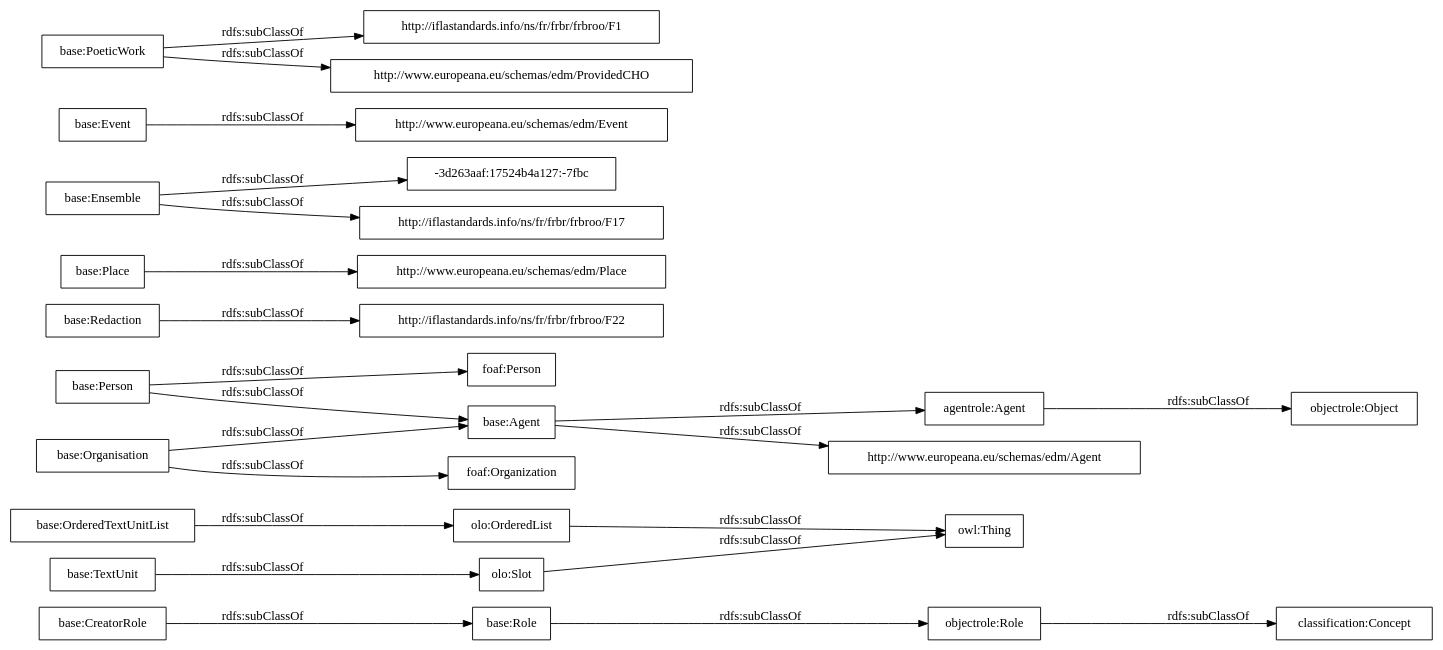
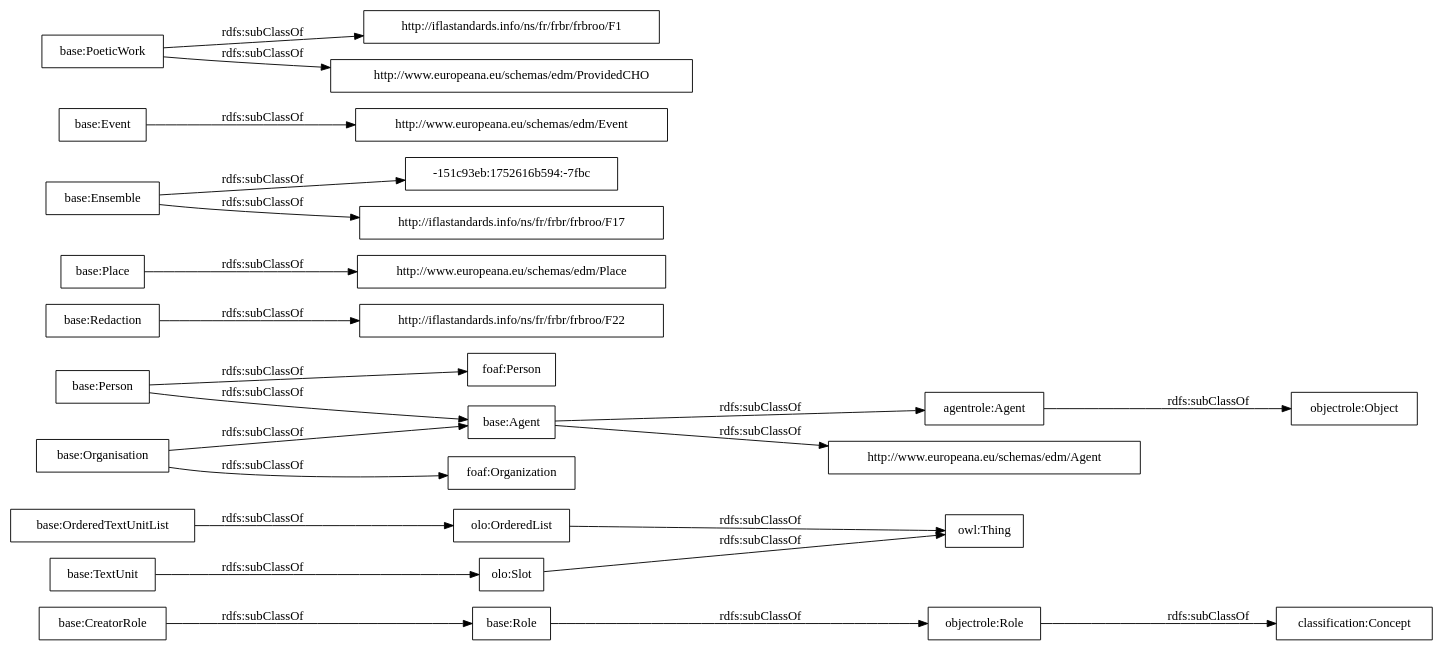
One commit to OnToologyUser/core-ontology-1 changed the diagram in OnToology/postdata-core.owl/diagrams/ar2dtool-taxonomy/postdata-core.owl.png.dot. Above: the diagram before and after it, drawn with Graphviz. The commit also changed 14 other files, not shown here.

```diff
--- a/OnToology/postdata-core.owl/diagrams/ar2dtool-taxonomy/postdata-core.owl.png.dot
+++ b/OnToology/postdata-core.owl/diagrams/ar2dtool-taxonomy/postdata-core.owl.png.dot
@@ -1,27 +1,27 @@
 digraph ar2dtool_diagram { 
 rankdir=LR;
 size="1000"
-node [shape = rectangle, color="black"]; "base:Role" "base:OrderedTextUnitList" "agentrole:Agent" "http://iflastandards.info/ns/fr/frbr/frbroo/F22" "http://www.europeana.eu/schemas/edm/Agent" "base:Agent" "base:CreatorRole" "base:Person" "base:Organisation" "http://www.europeana.eu/schemas/edm/Place" "base:Redaction" "base:Ensemble" "foaf:Person" "http://www.europeana.eu/schemas/edm/Event" "-3d263aaf:17524b4a127:-7fbc" "base:TextUnit" "foaf:Organization" "http://iflastandards.info/ns/fr/frbr/frbroo/F1" "http://www.europeana.eu/schemas/edm/ProvidedCHO" "base:Place" "base:Event" "base:PoeticWork" "http://iflastandards.info/ns/fr/frbr/frbroo/F17" "owl:Thing" "objectrole:Role" "objectrole:Object" "olo:Slot" "olo:OrderedList" "classification:Concept" ; /*classes style*/
+node [shape = rectangle, color="black"]; "base:Role" "base:OrderedTextUnitList" "agentrole:Agent" "http://iflastandards.info/ns/fr/frbr/frbroo/F22" "http://www.europeana.eu/schemas/edm/Agent" "base:Agent" "base:CreatorRole" "base:Person" "base:Organisation" "http://www.europeana.eu/schemas/edm/Place" "base:Redaction" "base:Ensemble" "foaf:Person" "http://www.europeana.eu/schemas/edm/Event" "base:TextUnit" "http://iflastandards.info/ns/fr/frbr/frbroo/F1" "foaf:Organization" "http://www.europeana.eu/schemas/edm/ProvidedCHO" "base:Place" "base:Event" "-151c93eb:1752616b594:-7fbc" "base:PoeticWork" "http://iflastandards.info/ns/fr/frbr/frbroo/F17" "owl:Thing" "objectrole:Role" "objectrole:Object" "olo:Slot" "olo:OrderedList" "classification:Concept" ; /*classes style*/
 	"base:Redaction" -> "http://iflastandards.info/ns/fr/frbr/frbroo/F22" [ label = "rdfs:subClassOf" ];
 	"base:Role" -> "objectrole:Role" [ label = "rdfs:subClassOf" ];
 	"base:Event" -> "http://www.europeana.eu/schemas/edm/Event" [ label = "rdfs:subClassOf" ];
 	"base:Person" -> "foaf:Person" [ label = "rdfs:subClassOf" ];
 	"base:Person" -> "base:Agent" [ label = "rdfs:subClassOf" ];
 	"olo:OrderedList" -> "owl:Thing" [ label = "rdfs:subClassOf" ];
 	"olo:Slot" -> "owl:Thing" [ label = "rdfs:subClassOf" ];
 	"base:PoeticWork" -> "http://www.europeana.eu/schemas/edm/ProvidedCHO" [ label = "rdfs:subClassOf" ];
 	"base:PoeticWork" -> "http://iflastandards.info/ns/fr/frbr/frbroo/F1" [ label = "rdfs:subClassOf" ];
 	"base:TextUnit" -> "olo:Slot" [ label = "rdfs:subClassOf" ];
 	"agentrole:Agent" -> "objectrole:Object" [ label = "rdfs:subClassOf" ];
-	"base:Ensemble" -> "-3d263aaf:17524b4a127:-7fbc" [ label = "rdfs:subClassOf" ];
+	"base:Ensemble" -> "-151c93eb:1752616b594:-7fbc" [ label = "rdfs:subClassOf" ];
 	"base:Ensemble" -> "http://iflastandards.info/ns/fr/frbr/frbroo/F17" [ label = "rdfs:subClassOf" ];
 	"base:OrderedTextUnitList" -> "olo:OrderedList" [ label = "rdfs:subClassOf" ];
 	"base:Agent" -> "agentrole:Agent" [ label = "rdfs:subClassOf" ];
 	"base:Agent" -> "http://www.europeana.eu/schemas/edm/Agent" [ label = "rdfs:subClassOf" ];
 	"objectrole:Role" -> "classification:Concept" [ label = "rdfs:subClassOf" ];
 	"base:Place" -> "http://www.europeana.eu/schemas/edm/Place" [ label = "rdfs:subClassOf" ];
 	"base:Organisation" -> "foaf:Organization" [ label = "rdfs:subClassOf" ];
 	"base:Organisation" -> "base:Agent" [ label = "rdfs:subClassOf" ];
 	"base:CreatorRole" -> "base:Role" [ label = "rdfs:subClassOf" ];
 
 }
```
